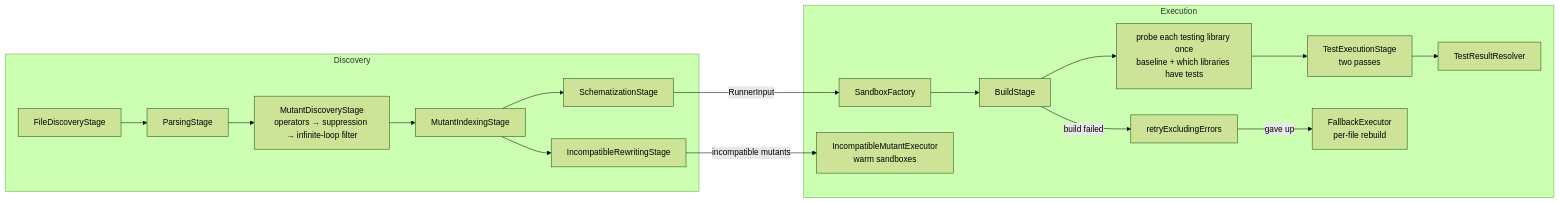
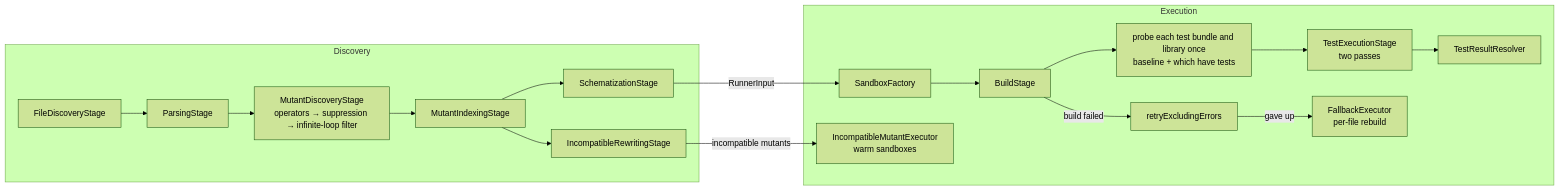
One commit to C24-Bank/swift-mutation-testing changed the third of 3 diagrams in Docs/Architecture/01-overview.md. Above: the diagram before and after it, drawn with Mermaid (forest theme). The commit also changed 3 other files, not shown here.

Commit message:
docs: describe probing and running every test bundle, and where a targeted run goes

````diff
--- a/Docs/Architecture/01-overview.md
+++ b/Docs/Architecture/01-overview.md
@@ -78,21 +78,21 @@
 ```mermaid
 flowchart LR
     subgraph Discovery
         FD[FileDiscoveryStage] --> PS[ParsingStage]
         PS --> MD["MutantDiscoveryStage\noperators → suppression → infinite-loop filter"]
         MD --> MI[MutantIndexingStage]
         MI --> SS[SchematizationStage]
         MI --> IRS[IncompatibleRewritingStage]
     end
     subgraph Execution
         SF[SandboxFactory] --> BS[BuildStage]
-        BS --> PROBE["probe each testing library once\nbaseline + which libraries have tests"]
+        BS --> PROBE["probe each test bundle and library once\nbaseline + which have tests"]
         PROBE --> TES["TestExecutionStage\ntwo passes"]
         BS -- build failed --> RETRY[retryExcludingErrors]
         RETRY -- gave up --> FBP[FallbackExecutor\nper-file rebuild]
         TES --> TR[TestResultResolver]
         IME["IncompatibleMutantExecutor\nwarm sandboxes"]
     end
     SS -- RunnerInput --> SF
     IRS -- incompatible mutants --> IME
 ```
````
